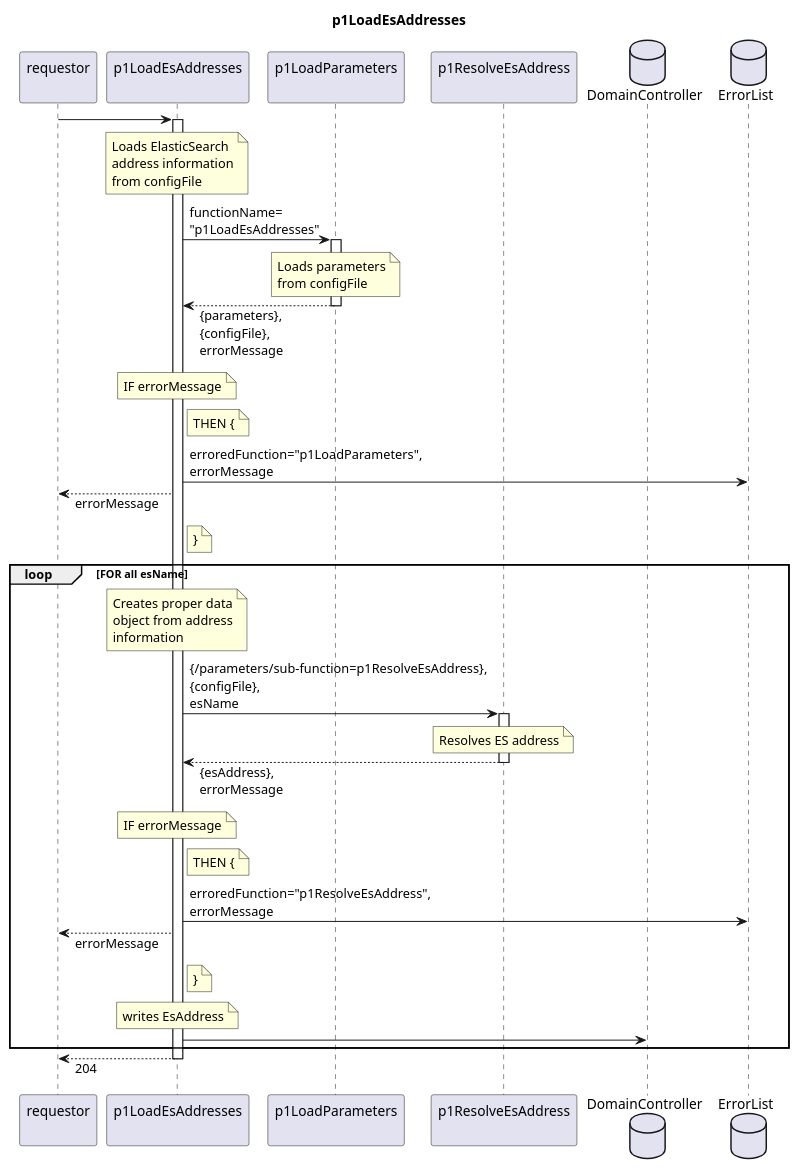
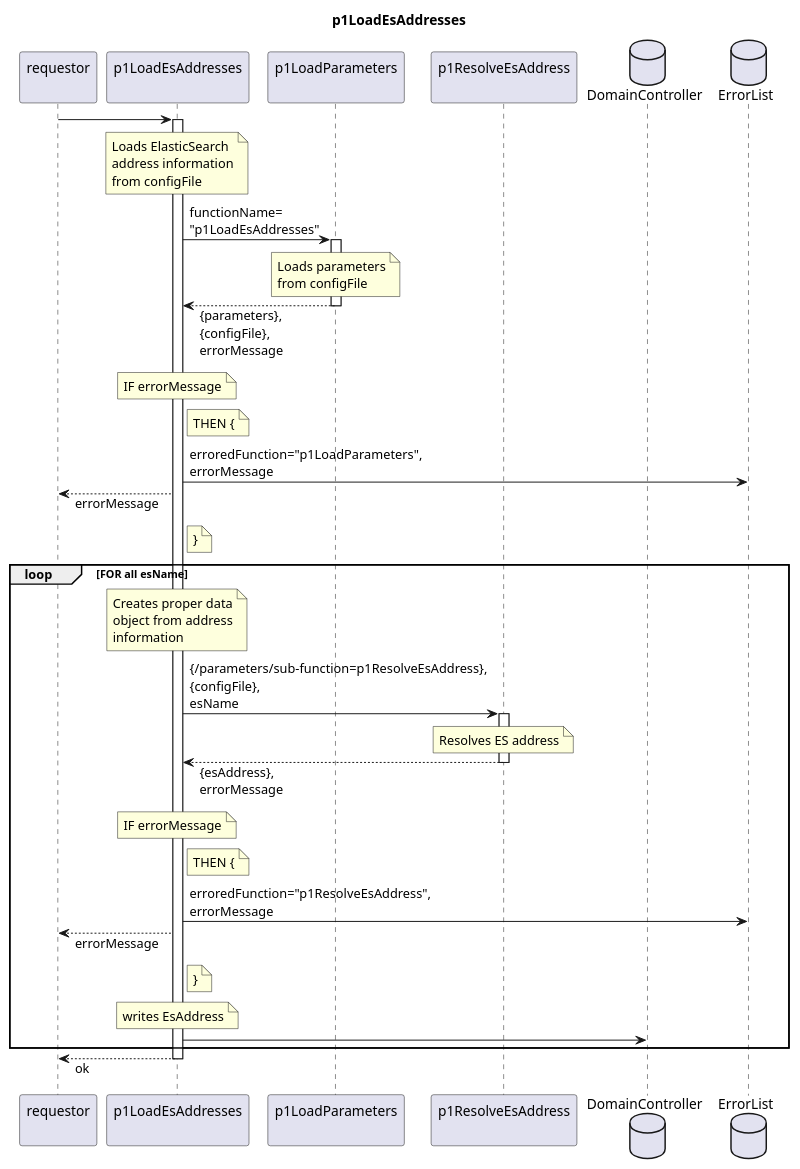
One commit to openBackhaul/FirmWareManager changed the diagram in spec/Functions/Administrative/p1LoadEsAddresses/1.0.0/p1LoadEsAddresses.plantuml. Above: the diagram before and after it, drawn with PlantUML. The commit also changed 44 other files, not shown here.

```diff
--- a/spec/Functions/Administrative/p1LoadEsAddresses/1.0.0/p1LoadEsAddresses.plantuml
+++ b/spec/Functions/Administrative/p1LoadEsAddresses/1.0.0/p1LoadEsAddresses.plantuml
@@ -1,75 +1,75 @@
 @startuml p1LoadEsAddresses
 skinparam responseMessageBelowArrow true
 
 title
   p1LoadEsAddresses
 end title
 
 participant "requestor\n" as requestor
 participant "p1LoadEsAddresses\n" as p1LEA
 participant "p1LoadParameters\n" as p1LP
 participant "p1ResolveEsAddress\n" as p1REA
 database "DomainController" as DC
 database "ErrorList" as hEL
 
 requestor -> p1LEA
 activate p1LEA
   note over p1LEA
     Loads ElasticSearch
     address information
     from configFile
   end note
   p1LEA -> p1LP: functionName=\n"p1LoadEsAddresses"
   activate p1LP
     note over p1LP
       Loads parameters
       from configFile
     end note
   p1LEA <-- p1LP: {parameters},\n{configFile},\nerrorMessage
   deactivate p1LP
   note over p1LEA
     IF errorMessage
   end note
   note right p1LEA
     THEN {
   end note
   p1LEA -> hEL: erroredFunction="p1LoadParameters",\nerrorMessage
   requestor <-- p1LEA: errorMessage
   note right p1LEA
     }
   end note
 
   loop FOR all esName
     note over p1LEA
       Creates proper data
       object from address
       information
     end note
     p1LEA -> p1REA: {/parameters/sub-function=p1ResolveEsAddress},\n{configFile},\nesName
     activate p1REA
       note over p1REA
         Resolves ES address
       end note
     p1LEA <-- p1REA: {esAddress},\nerrorMessage
     deactivate p1REA
     note over p1LEA
       IF errorMessage
     end note
     note right p1LEA
       THEN {
     end note
     p1LEA -> hEL: erroredFunction="p1ResolveEsAddress",\nerrorMessage
     requestor <-- p1LEA: errorMessage
     note right p1LEA
       }
     end note
 
     note over p1LEA
       writes EsAddress
     end note
     p1LEA -> DC
   end loop
-requestor <-- p1LEA: 204
+requestor <-- p1LEA: ok
 deactivate p1LEA
 
 @enduml
```
